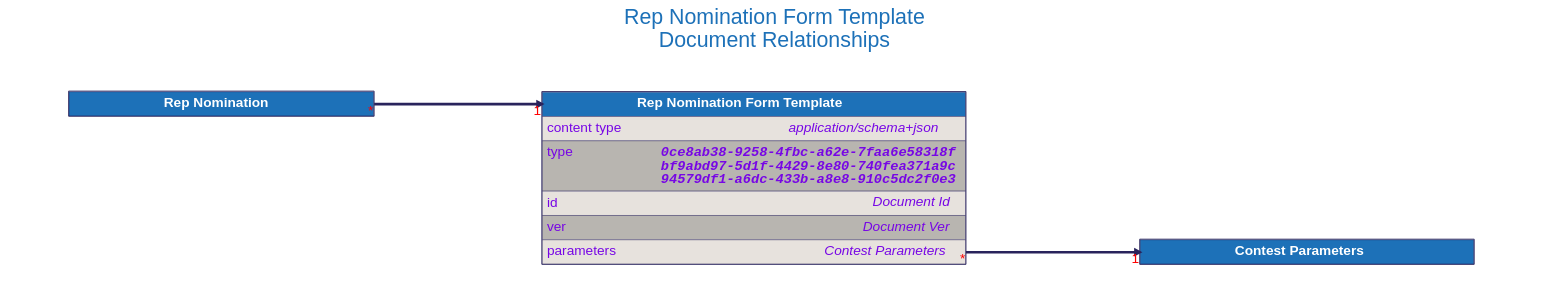
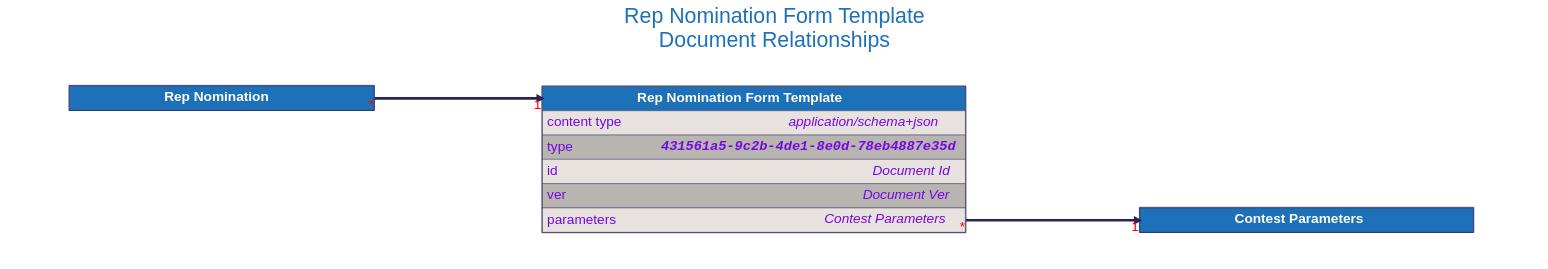
Before and after one commit to input-output-hk/catalyst-libs: the diagram in docs/src/architecture/08_concepts/signed_doc/diagrams/rep_nomination_form_template.dot, drawn with Graphviz. The commit also changed 57 other files, not shown here.

```diff
--- a/docs/src/architecture/08_concepts/signed_doc/diagrams/rep_nomination_form_template.dot
+++ b/docs/src/architecture/08_concepts/signed_doc/diagrams/rep_nomination_form_template.dot
@@ -1,113 +1,113 @@
 digraph "Rep Nomination Form Template" {
     rankdir="LR"
     graph [fontname="helvetica", fontsize="32", fontcolor="#29235c", bgcolor="white"];
     node [penwidth="0", margin="0", fontname="helvetica", fontsize="32", fontcolor="#29235c"];
     edge [fontname="helvetica", fontsize="32", fontcolor="red", color="#29235c"];
 
     labelloc="t"
     label="Rep Nomination Form Template
 Document Relationships"
     fontcolor="#1d71b8"
     fontsize=50
     compound=true
 
 
 
     "Contest Parameters" [
         id="Contest Parameters";
         label=<
             <TABLE BORDER="2" COLOR="#29235c" CELLBORDER="1" CELLSPACING="0" CELLPADDING="10">
             <TR>
                 <TD PORT="title" BGCOLOR="#1d71b8" HREF="../contest_parameters/">
                     <FONT COLOR="#ffffff"><B> Contest Parameters </B></FONT>
                 </TD>
             </TR>
 
             </TABLE>
         >
     ];
 
 
     "Rep Nomination Form Template" [
         id="Rep Nomination Form Template";
         label=<
             <TABLE BORDER="2" COLOR="#29235c" CELLBORDER="1" CELLSPACING="0" CELLPADDING="10">
             <TR>
                 <TD PORT="title" BGCOLOR="#1d71b8" HREF="../rep_nomination_form_template/">
                     <FONT COLOR="#ffffff"><B> Rep Nomination Form Template </B></FONT>
                 </TD>
             </TR>
             <TR>
                 <TD ALIGN="LEFT" PORT="content type" BGCOLOR="#e7e2dd">
                     <TABLE CELLPADDING="0" CELLSPACING="0" BORDER="0">
                         <TR>
                             <TD ALIGN="LEFT" VALIGN="TOP" WIDTH="200"><FONT COLOR="#7706E5">content type</FONT></TD>
                             <TD ALIGN="RIGHT"><FONT COLOR="#7706E5"><I>application/schema+json</I></FONT></TD>
                         </TR>
                     </TABLE>
                 </TD>
             </TR>
             <TR>
                 <TD ALIGN="LEFT" PORT="type" BGCOLOR="#b8b5b0">
                     <TABLE CELLPADDING="0" CELLSPACING="0" BORDER="0">
                         <TR>
                             <TD ALIGN="LEFT" VALIGN="TOP" WIDTH="200"><FONT COLOR="#7706E5">type</FONT></TD>
-                            <TD ALIGN="RIGHT"><FONT FACE="Courier" COLOR="#7706E5"><B><I>0ce8ab38-9258-4fbc-a62e-7faa6e58318f<BR />bf9abd97-5d1f-4429-8e80-740fea371a9c<BR />94579df1-a6dc-433b-a8e8-910c5dc2f0e3</I></B></FONT></TD>
+                            <TD ALIGN="RIGHT"><FONT FACE="Courier" COLOR="#7706E5"><B><I>431561a5-9c2b-4de1-8e0d-78eb4887e35d</I></B></FONT></TD>
                         </TR>
                     </TABLE>
                 </TD>
             </TR>
             <TR>
                 <TD ALIGN="LEFT" PORT="id" BGCOLOR="#e7e2dd">
                     <TABLE CELLPADDING="0" CELLSPACING="0" BORDER="0">
                         <TR>
                             <TD ALIGN="LEFT" VALIGN="TOP" WIDTH="200"><FONT COLOR="#7706E5">id</FONT></TD>
                             <TD ALIGN="RIGHT"><FONT COLOR="#7706E5"><I>Document Id</I></FONT></TD>
                         </TR>
                     </TABLE>
                 </TD>
             </TR>
             <TR>
                 <TD ALIGN="LEFT" PORT="ver" BGCOLOR="#b8b5b0">
                     <TABLE CELLPADDING="0" CELLSPACING="0" BORDER="0">
                         <TR>
                             <TD ALIGN="LEFT" VALIGN="TOP" WIDTH="200"><FONT COLOR="#7706E5">ver</FONT></TD>
                             <TD ALIGN="RIGHT"><FONT COLOR="#7706E5"><I>Document Ver</I></FONT></TD>
                         </TR>
                     </TABLE>
                 </TD>
             </TR>
             <TR>
                 <TD ALIGN="LEFT" PORT="parameters" BGCOLOR="#e7e2dd">
                     <TABLE CELLPADDING="0" CELLSPACING="0" BORDER="0">
                         <TR>
                             <TD ALIGN="LEFT" VALIGN="TOP" WIDTH="200"><FONT COLOR="#7706E5">parameters</FONT></TD>
                             <TD ALIGN="RIGHT"><FONT COLOR="#7706E5"><I>Contest Parameters</I></FONT></TD>
                         </TR>
                     </TABLE>
                 </TD>
             </TR>
 
             </TABLE>
         >
     ];
 
 
     "Rep Nomination" [
         id="Rep Nomination";
         label=<
             <TABLE BORDER="2" COLOR="#29235c" CELLBORDER="1" CELLSPACING="0" CELLPADDING="10">
             <TR>
                 <TD PORT="title" BGCOLOR="#1d71b8" HREF="../rep_nomination/">
                     <FONT COLOR="#ffffff"><B> Rep Nomination </B></FONT>
                 </TD>
             </TR>
 
             </TABLE>
         >
     ];
 
 
     "Rep Nomination Form Template":"parameters":e -> "Contest Parameters":"title":w [dir=forward, penwidth=6, color="#29235c", headlabel="1", taillabel="*"]
     "Rep Nomination":"title":e -> "Rep Nomination Form Template":"title":w [dir=forward, penwidth=6, color="#29235c", headlabel="1", taillabel="*"]
 }
```
